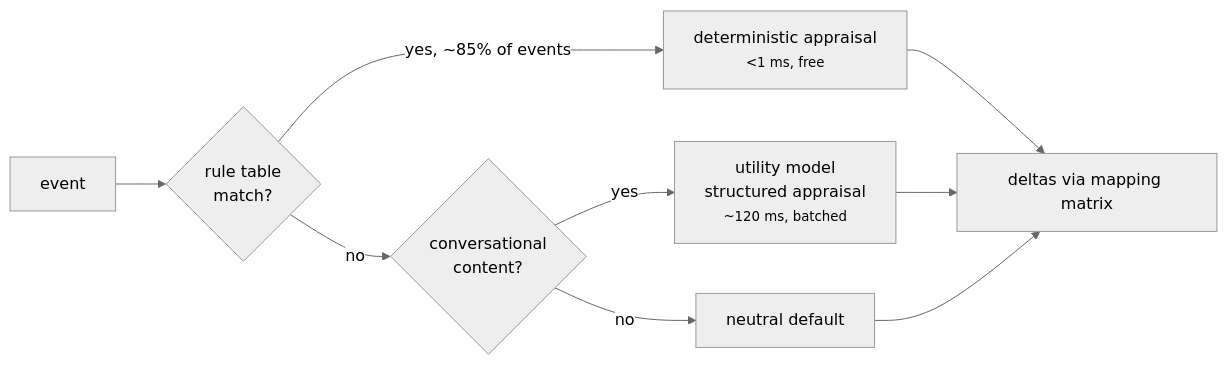
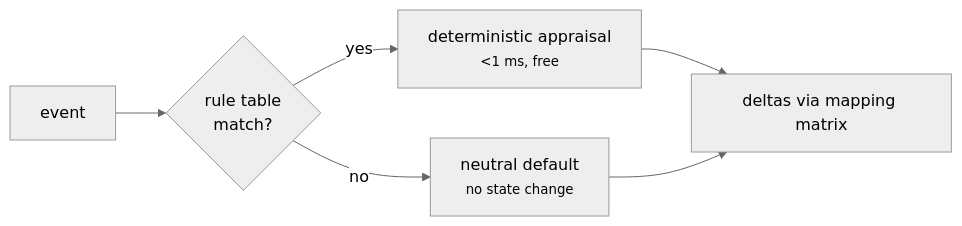
The second of 2 diagrams in docs/09-emotion-engine.md (KhanAmaan55/hedwig), drawn with Mermaid (neutral theme) before and after one commit. The commit also changed other lines of this file and 29 other files, not shown here.

First line of the commit message:
feat(emotion): implement emotion engine with state dynamics and appraisal mapping

````diff
--- a/docs/09-emotion-engine.md
+++ b/docs/09-emotion-engine.md
@@ -119,9 +134,7 @@
 ```mermaid
 graph LR
     EV["event"] --> R{"rule table<br/>match?"}
-    R -->|yes, ~85% of events| RUL["deterministic appraisal<br/><small>&lt;1 ms, free</small>"]
-    R -->|no| AMB{"conversational<br/>content?"}
-    AMB -->|yes| LLM["utility model<br/>structured appraisal<br/><small>~120 ms, batched</small>"]
-    AMB -->|no| DEF["neutral default"]
-    RUL & LLM & DEF --> DELTA["deltas via mapping matrix"]
+    R -->|yes| RUL["deterministic appraisal<br/><small>&lt;1 ms, free</small>"]
+    R -->|no| DEF["neutral default<br/><small>no state change</small>"]
+    RUL & DEF --> DELTA["deltas via mapping matrix"]
 ```
````
